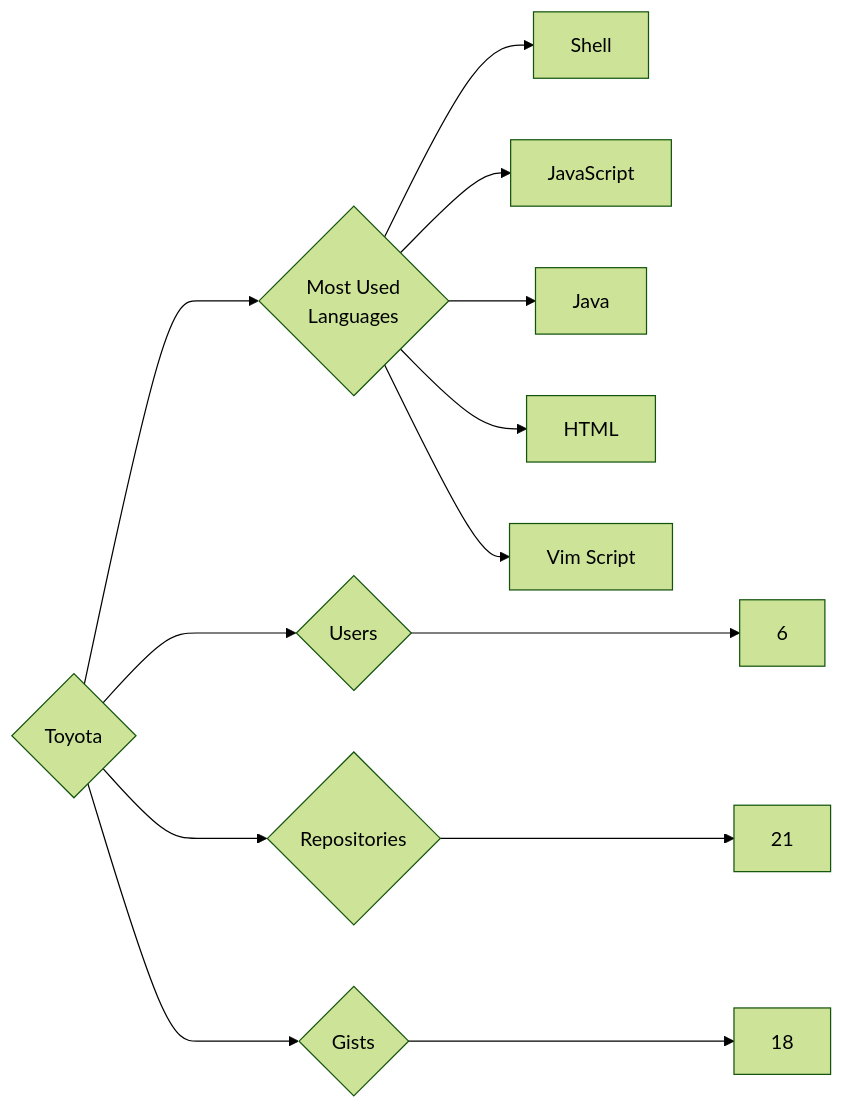
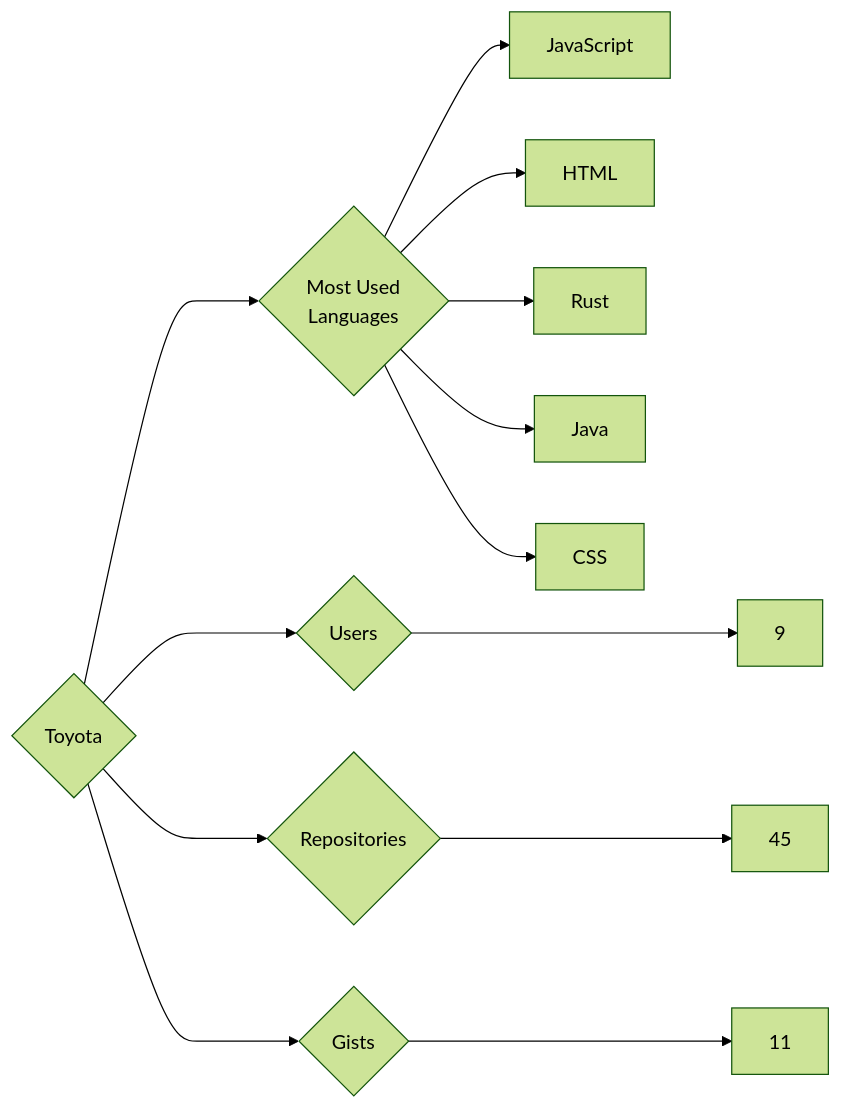
The diagram in targets/Toyota/README.md (trickest/insiders), drawn with Mermaid (forest theme) before and after one commit. The commit also changed 1496 other files, not shown here.

````diff
--- a/targets/Toyota/README.md
+++ b/targets/Toyota/README.md
@@ -3,13 +3,13 @@
 ```mermaid
 graph LR
 COMPANY_NAME{Toyota}
-COMPANY_NAME ---> U{Users} ---> UN[6]
-COMPANY_NAME ---> R{Repositories} ---> RN[21]
-COMPANY_NAME ---> G{Gists} ---> GN[18]
+COMPANY_NAME ---> U{Users} ---> UN[9]
+COMPANY_NAME ---> R{Repositories} ---> RN[45]
+COMPANY_NAME ---> G{Gists} ---> GN[11]
 COMPANY_NAME ---> ML{Most Used<br>Languages}
-ML --> Shell[Shell]
 ML --> JavaScript[JavaScript]
+ML --> HTML[HTML]
+ML --> Rust[Rust]
 ML --> Java[Java]
-ML --> HTML[HTML]
-ML --> Vim_Script[Vim Script]
+ML --> CSS[CSS]
 ```
````
